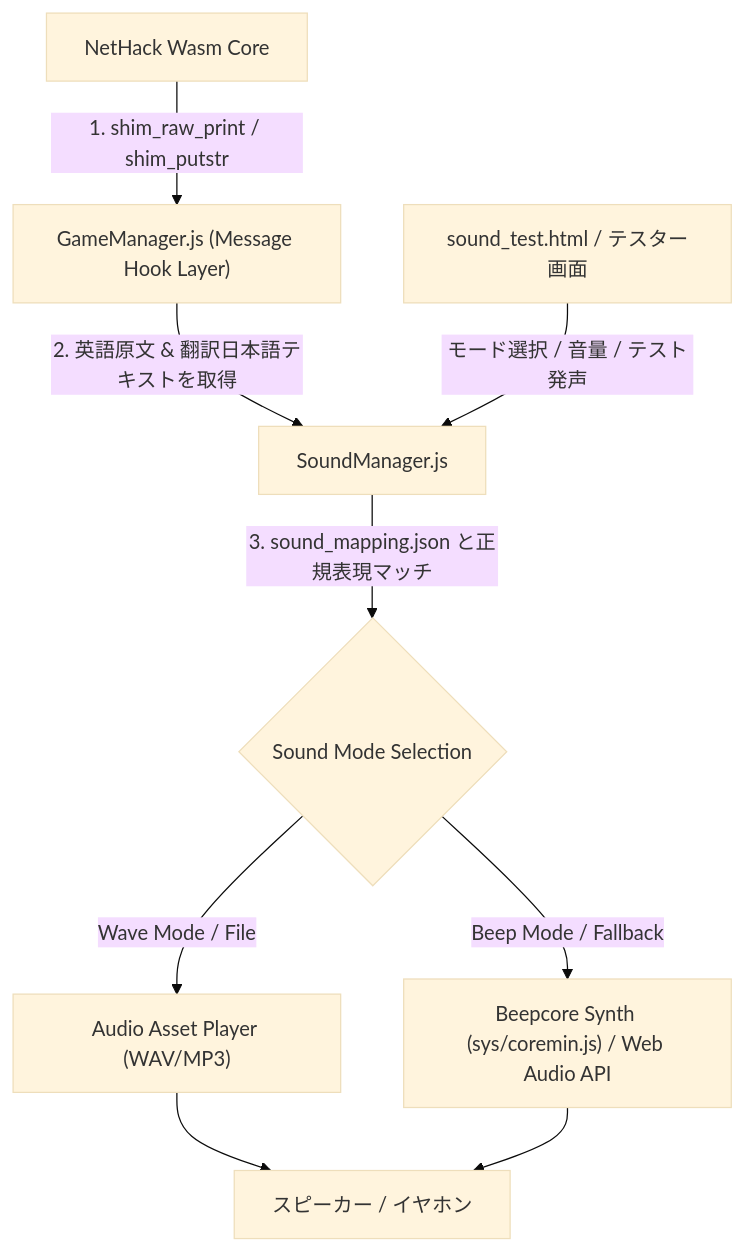
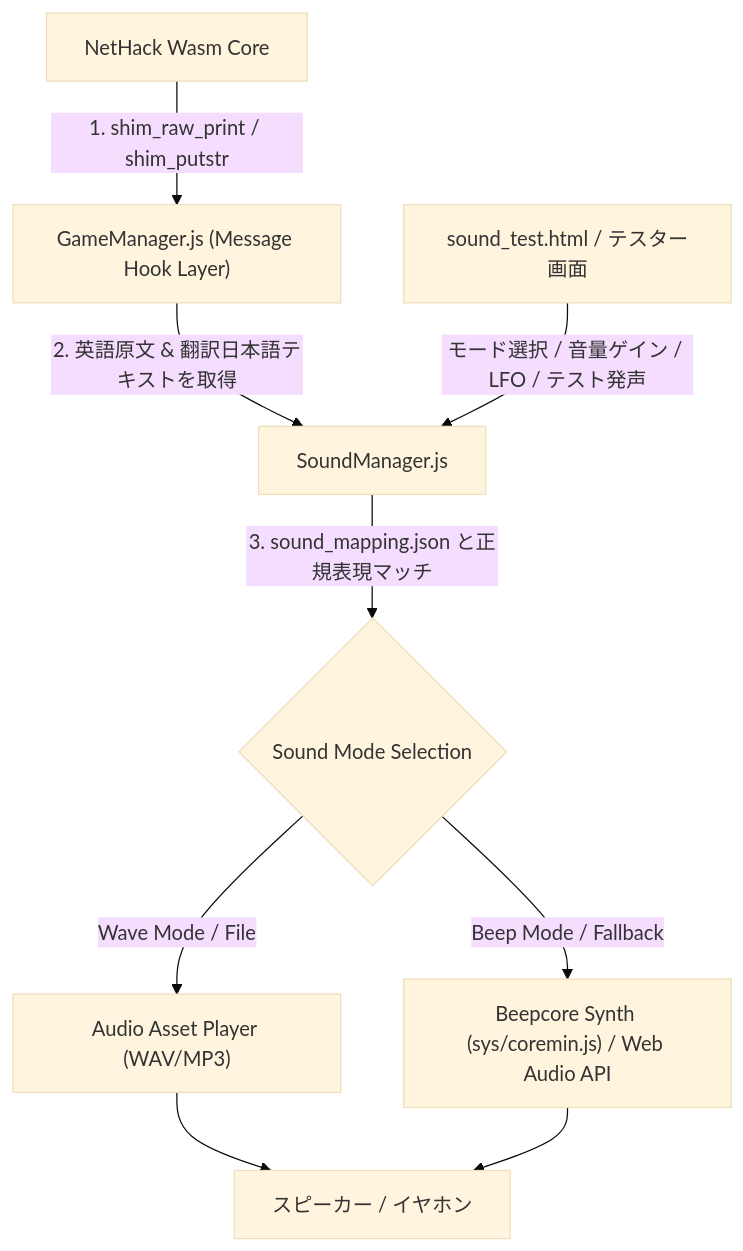
Before and after one commit to e3sh/Nethack-wasm-webUI: the diagram in docs/sound_system_spec.md, drawn with Mermaid (base theme). The commit also changed other lines of this file and 2 other files, not shown here.

First line of the commit message:
Update SoundManager

````diff
--- a/docs/sound_system_spec.md
+++ b/docs/sound_system_spec.md
@@ -27,12 +27,12 @@
 ```mermaid
 flowchart TD
     A["NetHack Wasm Core"] -->|"1. shim_raw_print / shim_putstr"| B["GameManager.js (Message Hook Layer)"]
     B -->|"2. 英語原文 & 翻訳日本語テキストを取得"| C["SoundManager.js"]
     C -->|"3. sound_mapping.json と正規表現マッチ"| D{"Sound Mode Selection"}
     D -->|"Wave Mode / File"| E["Audio Asset Player (WAV/MP3)"]
     D -->|"Beep Mode / Fallback"| F["Beepcore Synth (sys/coremin.js) / Web Audio API"]
     E --> G["スピーカー / イヤホン"]
     F --> G
     
-    H["sound_test.html / テスター画面"] -->|"モード選択 / 音量 / テスト発声"| C
+    H["sound_test.html / テスター画面"] -->|"モード選択 / 音量ゲイン / LFO / テスト発声"| C
 ```
````
